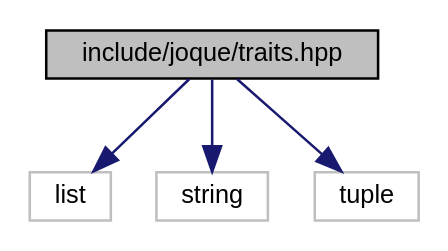
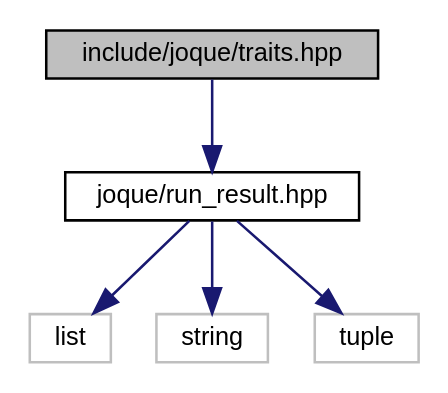
One commit to koniarik/joque changed the diagram in traits_8hpp__incl.dot. Above: the diagram before and after it, drawn with Graphviz. The commit also changed 220 other files, not shown here.

```diff
--- a/traits_8hpp__incl.dot
+++ b/traits_8hpp__incl.dot
@@ -1,13 +1,15 @@
 digraph "include/joque/traits.hpp"
 {
  // LATEX_PDF_SIZE
   edge [fontname="Helvetica",fontsize="10",labelfontname="Helvetica",labelfontsize="10"];
   node [fontname="Helvetica",fontsize="10",shape=record];
   Node1 [label="include/joque/traits.hpp",height=0.2,width=0.4,color="black", fillcolor="grey75", style="filled", fontcolor="black",tooltip=" "];
   Node1 -> Node2 [color="midnightblue",fontsize="10",style="solid",fontname="Helvetica"];
-  Node2 [label="list",height=0.2,width=0.4,color="grey75", fillcolor="white", style="filled",tooltip=" "];
-  Node1 -> Node3 [color="midnightblue",fontsize="10",style="solid",fontname="Helvetica"];
-  Node3 [label="string",height=0.2,width=0.4,color="grey75", fillcolor="white", style="filled",tooltip=" "];
-  Node1 -> Node4 [color="midnightblue",fontsize="10",style="solid",fontname="Helvetica"];
-  Node4 [label="tuple",height=0.2,width=0.4,color="grey75", fillcolor="white", style="filled",tooltip=" "];
+  Node2 [label="joque/run_result.hpp",height=0.2,width=0.4,color="black", fillcolor="white", style="filled",URL="$run__result_8hpp.html",tooltip=" "];
+  Node2 -> Node3 [color="midnightblue",fontsize="10",style="solid",fontname="Helvetica"];
+  Node3 [label="list",height=0.2,width=0.4,color="grey75", fillcolor="white", style="filled",tooltip=" "];
+  Node2 -> Node4 [color="midnightblue",fontsize="10",style="solid",fontname="Helvetica"];
+  Node4 [label="string",height=0.2,width=0.4,color="grey75", fillcolor="white", style="filled",tooltip=" "];
+  Node2 -> Node5 [color="midnightblue",fontsize="10",style="solid",fontname="Helvetica"];
+  Node5 [label="tuple",height=0.2,width=0.4,color="grey75", fillcolor="white", style="filled",tooltip=" "];
 }
```
